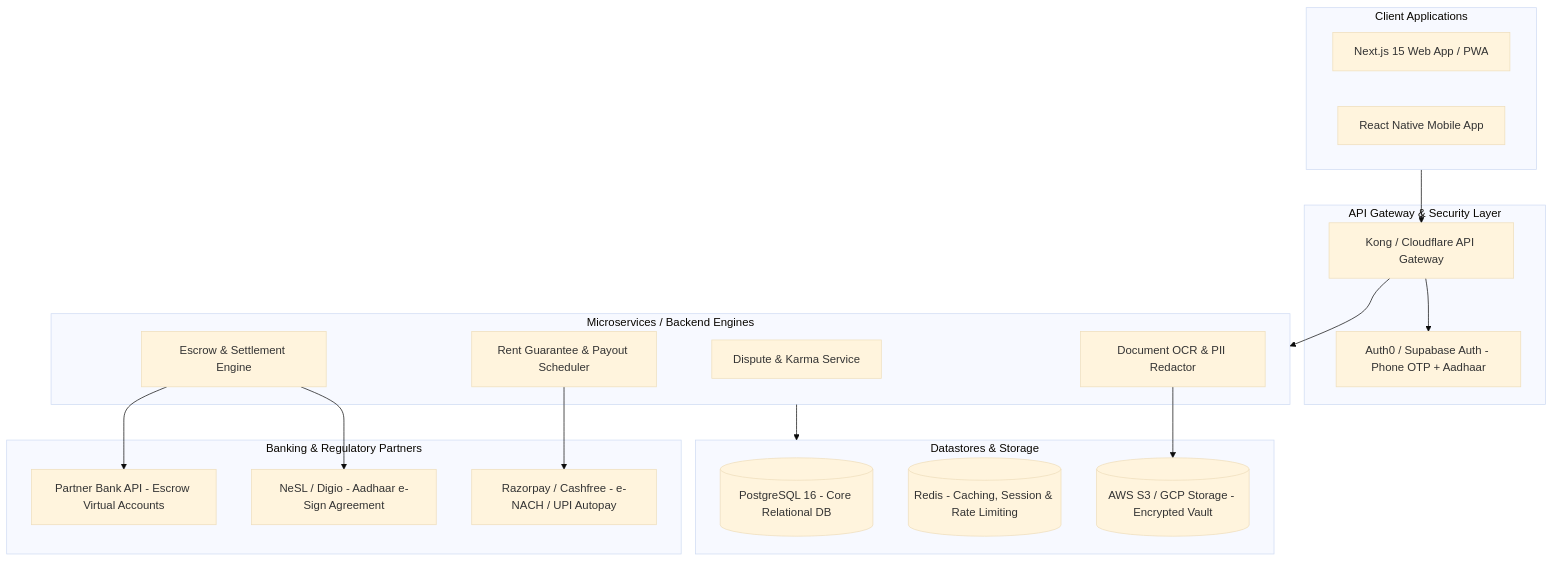
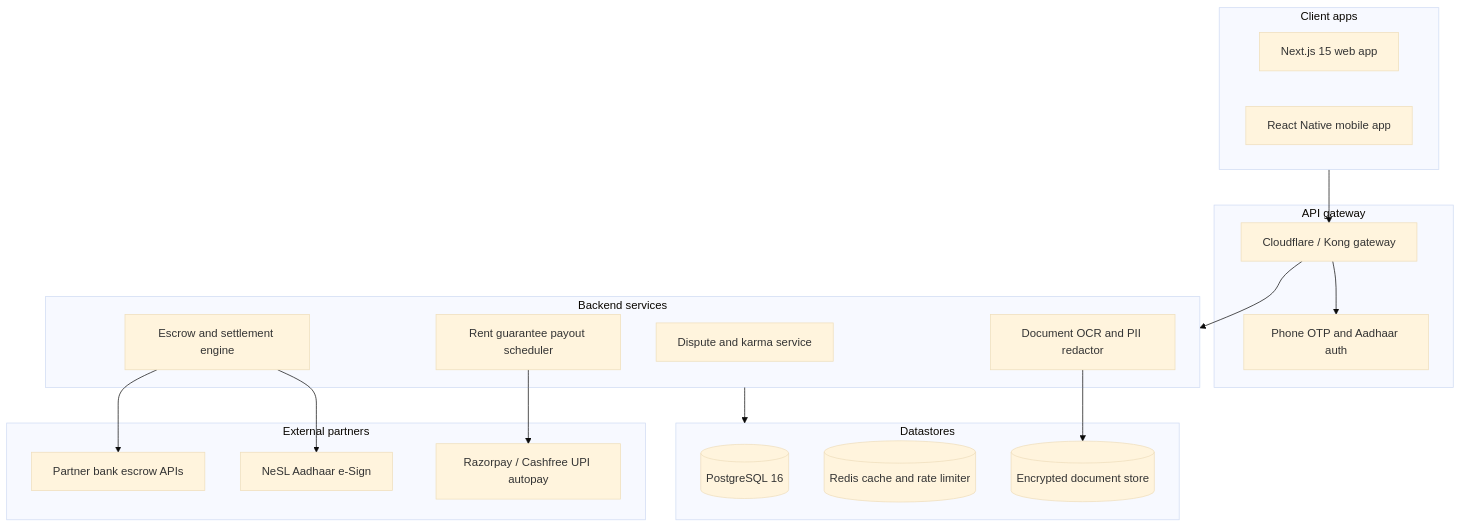
The third of 3 diagrams in PRD_AND_SYSTEM_ARCHITECTURE.md (its-debojyoti-dey/rental-escrow-platform), drawn with Mermaid (base theme) before and after one commit. The commit also changed other lines of this file and 1 other file, not shown here.

````diff
--- a/PRD_AND_SYSTEM_ARCHITECTURE.md
+++ b/PRD_AND_SYSTEM_ARCHITECTURE.md
@@ -176,40 +179,40 @@
 ```mermaid
 graph TB
-    subgraph Client_Applications [Client Applications]
-        WebPortal[Next.js 15 Web App / PWA]
-        MobileApp[React Native Mobile App]
+    subgraph Client_Applications [Client apps]
+        WebPortal[Next.js 15 web app]
+        MobileApp[React Native mobile app]
     end
 
-    subgraph API_Gateway [API Gateway & Security Layer]
-        Gateway[Kong / Cloudflare API Gateway]
-        AuthService[Auth0 / Supabase Auth - Phone OTP + Aadhaar]
+    subgraph API_Gateway [API gateway]
+        Gateway[Cloudflare / Kong gateway]
+        AuthService[Phone OTP and Aadhaar auth]
     end
 
-    subgraph Core_Services [Microservices / Backend Engines]
-        DisputeService[Dispute & Karma Service]
-        EscrowEngine[Escrow & Settlement Engine]
-        RentGuarantor[Rent Guarantee & Payout Scheduler]
-        MediaPipeline[Document OCR & PII Redactor]
+    subgraph Core_Services [Backend services]
+        DisputeService[Dispute and karma service]
+        EscrowEngine[Escrow and settlement engine]
+        RentGuarantor[Rent guarantee payout scheduler]
+        MediaPipeline[Document OCR and PII redactor]
     end
 
-    subgraph Data_Stores [Datastores & Storage]
-        PostgreSQL[(PostgreSQL 16 - Core Relational DB)]
-        RedisCache[(Redis - Caching, Session & Rate Limiting)]
-        S3Bucket[(AWS S3 / GCP Storage - Encrypted Vault)]
+    subgraph Data_Stores [Datastores]
+        PostgreSQL[(PostgreSQL 16)]
+        RedisCache[(Redis cache and rate limiter)]
+        S3Bucket[(Encrypted document store)]
     end
 
-    subgraph External_Integrations [Banking & Regulatory Partners]
-        TrusteeBank[Partner Bank API - Escrow Virtual Accounts]
-        NeSL[NeSL / Digio - Aadhaar e-Sign Agreement]
-        PaymentGateway[Razorpay / Cashfree - e-NACH / UPI Autopay]
+    subgraph External_Integrations [External partners]
+        TrusteeBank[Partner bank escrow APIs]
+        NeSL[NeSL Aadhaar e-Sign]
+        PaymentGateway[Razorpay / Cashfree UPI autopay]
     end
 
     Client_Applications --> Gateway
     Gateway --> AuthService
     Gateway --> Core_Services
     Core_Services --> Data_Stores
     EscrowEngine --> TrusteeBank
     EscrowEngine --> NeSL
     RentGuarantor --> PaymentGateway
     MediaPipeline --> S3Bucket
 ```
````
